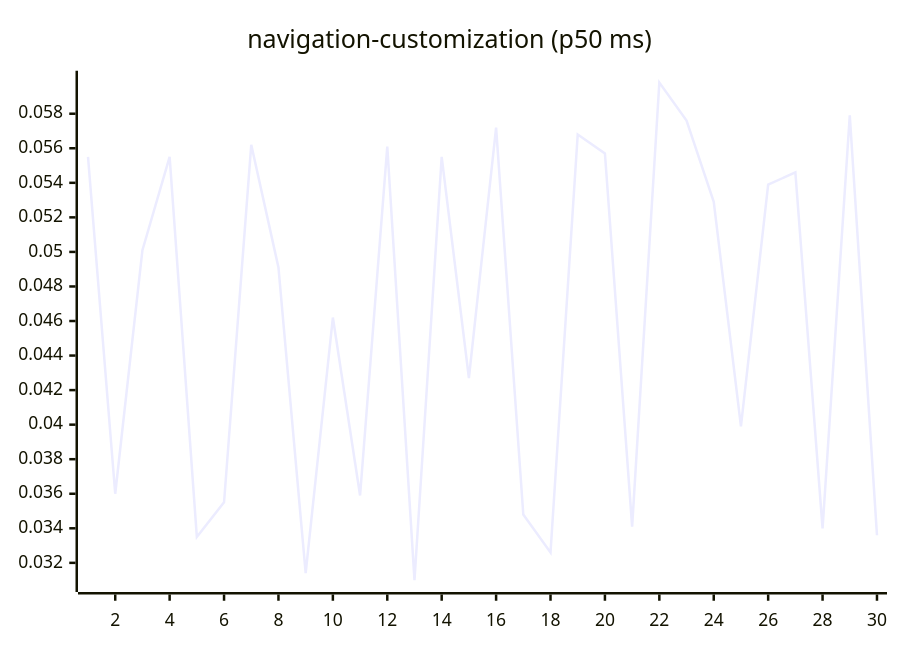
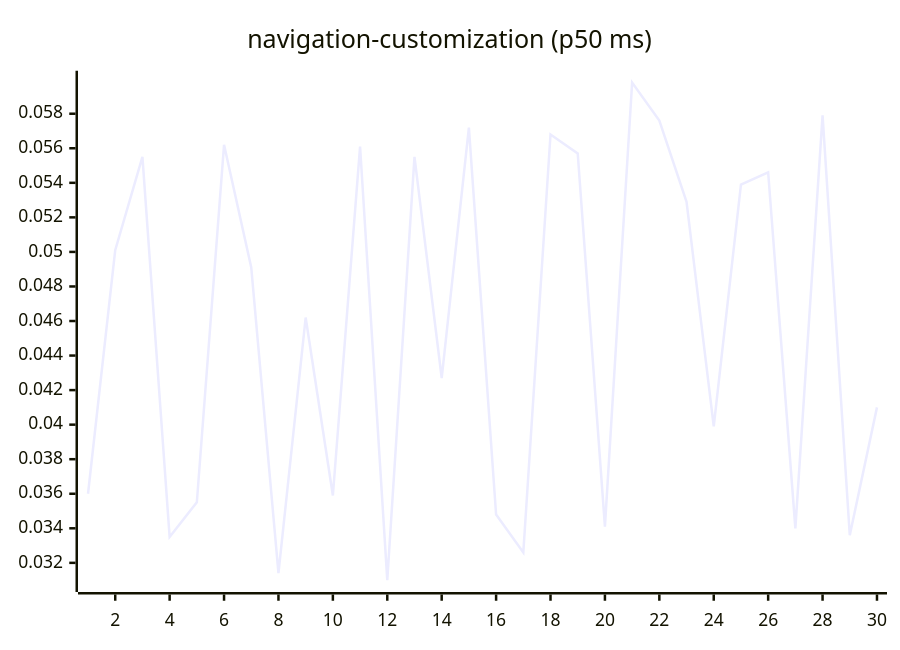
Before and after one commit to josha/Facet: diagram 15 of 27 in README.md, drawn with Mermaid. The commit also changed other lines of this file and 2 other files, not shown here.

````diff
--- a/README.md
+++ b/README.md
@@ -161,6 +161,6 @@
 ```mermaid
 xychart-beta
     title "navigation-customization (p50 ms)"
     x-axis 1 --> 30
-    line [0.0555, 0.0360, 0.0501, 0.0555, 0.0335, 0.0355, 0.0562, 0.0491, 0.0314, 0.0462, 0.0359, 0.0561, 0.0310, 0.0555, 0.0427, 0.0572, 0.0348, 0.0326, 0.0568, 0.0557, 0.0341, 0.0598, 0.0576, 0.0529, 0.0399, 0.0539, 0.0546, 0.0340, 0.0579, 0.0336]
+    line [0.0360, 0.0501, 0.0555, 0.0335, 0.0355, 0.0562, 0.0491, 0.0314, 0.0462, 0.0359, 0.0561, 0.0310, 0.0555, 0.0427, 0.0572, 0.0348, 0.0326, 0.0568, 0.0557, 0.0341, 0.0598, 0.0576, 0.0529, 0.0399, 0.0539, 0.0546, 0.0340, 0.0579, 0.0336, 0.0410]
 ```
````
